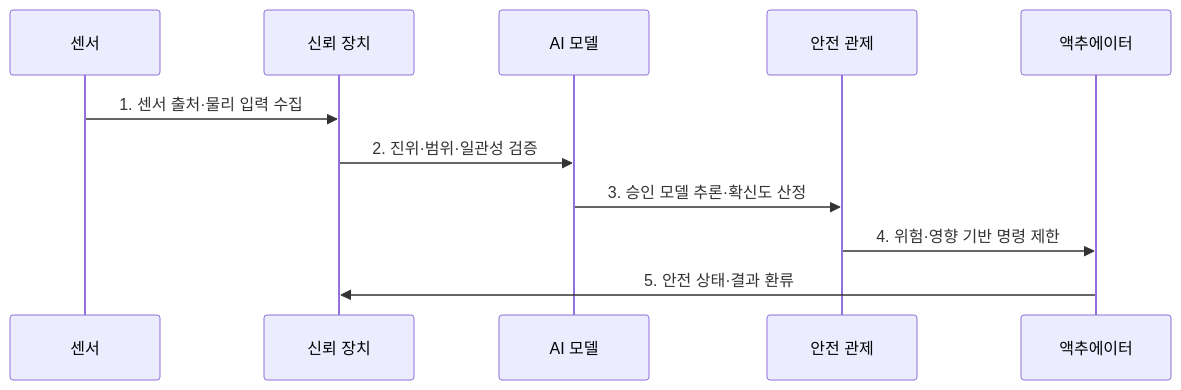
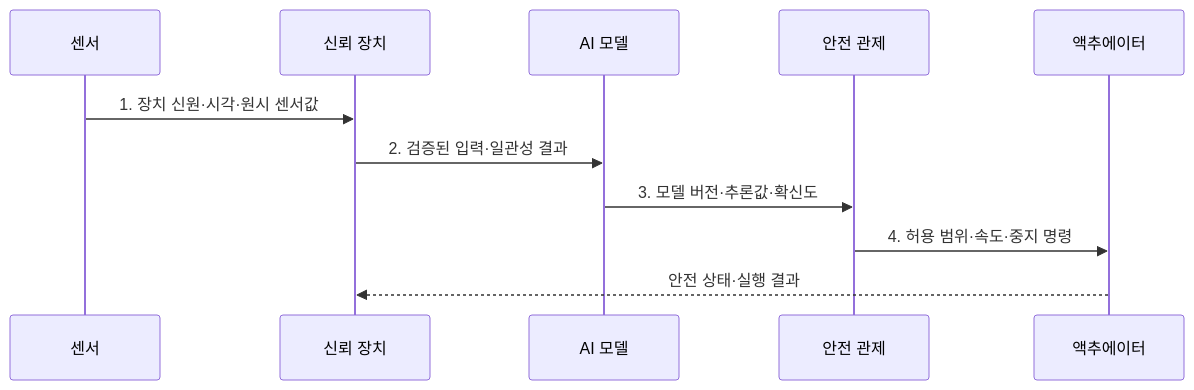
The second of 2 diagrams in src/content/docs/notes/05-security/132_aiot_security.md (agnusdei1207/knowledge-base), drawn with Mermaid before and after one commit. The commit also changed other lines of this file and 20 other files, not shown here.

````diff
--- a/src/content/docs/notes/05-security/132_aiot_security.md
+++ b/src/content/docs/notes/05-security/132_aiot_security.md
@@ -83,13 +83,13 @@
 ```mermaid
 sequenceDiagram
   participant S as 센서
   participant D as 신뢰 장치
   participant M as AI 모델
   participant G as 안전 관제
   participant A as 액추에이터
-  S->>D: 1. 센서 출처·물리 입력 수집
-  D->>M: 2. 진위·범위·일관성 검증
-  M->>G: 3. 승인 모델 추론·확신도 산정
-  G->>A: 4. 위험·영향 기반 명령 제한
-  A->>D: 5. 안전 상태·결과 환류
+  S->>D: 1. 장치 신원·시각·원시 센서값
+  D->>M: 2. 검증된 입력·일관성 결과
+  M->>G: 3. 모델 버전·추론값·확신도
+  G->>A: 4. 허용 범위·속도·중지 명령
+  A-->>D: 안전 상태·실행 결과
 ```
````
